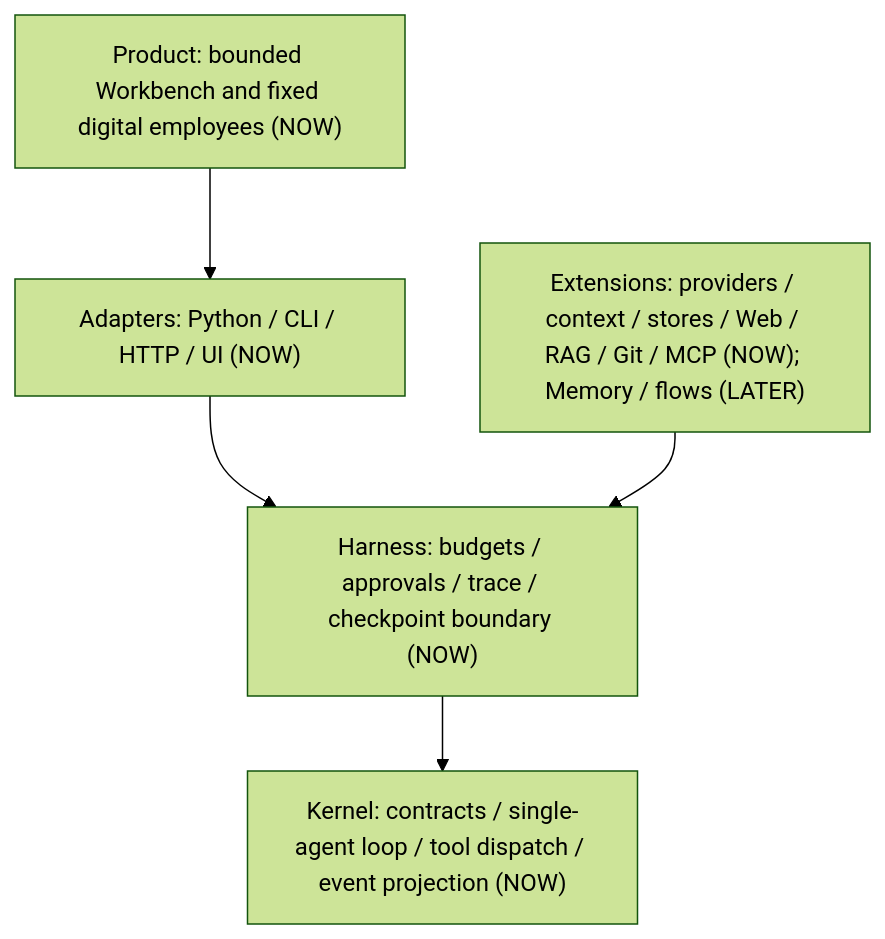
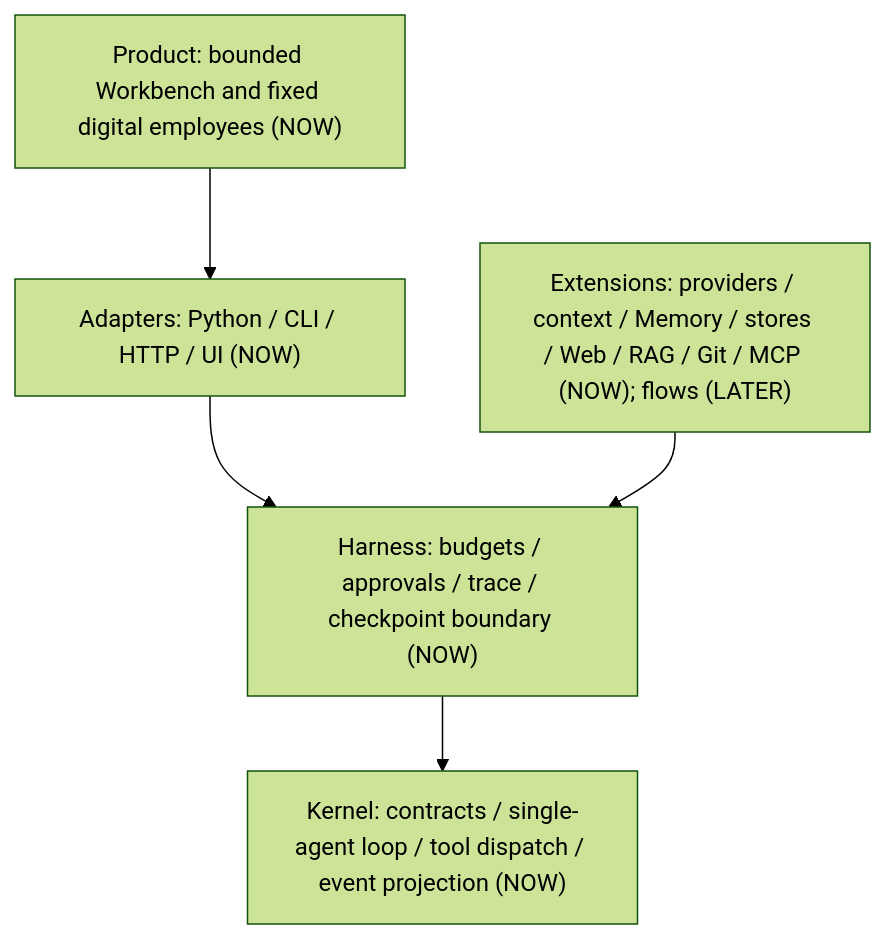
The diagram in docs/FOUNDATION.md (syusama/sasori), drawn with Mermaid (forest theme) before and after one commit. The commit also changed other lines of this file and 41 other files, not shown here.

````diff
--- a/docs/FOUNDATION.md
+++ b/docs/FOUNDATION.md
@@ -48,12 +48,12 @@
 ```mermaid
 flowchart TB
     P["Product: bounded Workbench and fixed digital employees (NOW)"]
     A["Adapters: Python / CLI / HTTP / UI (NOW)"]
-    X["Extensions: providers / context / stores / Web / RAG / Git / MCP (NOW); Memory / flows (LATER)"]
+    X["Extensions: providers / context / Memory / stores / Web / RAG / Git / MCP (NOW); flows (LATER)"]
     H["Harness: budgets / approvals / trace / checkpoint boundary (NOW)"]
     K["Kernel: contracts / single-agent loop / tool dispatch / event projection (NOW)"]
     P --> A
     A --> H
     X --> H
     H --> K
 ```
````
